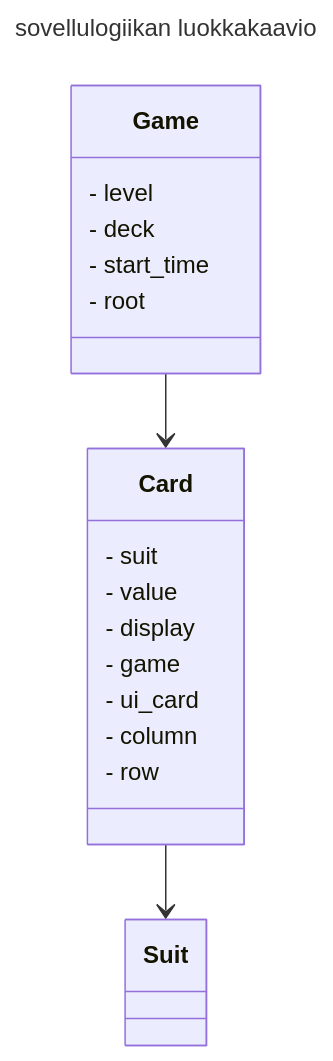
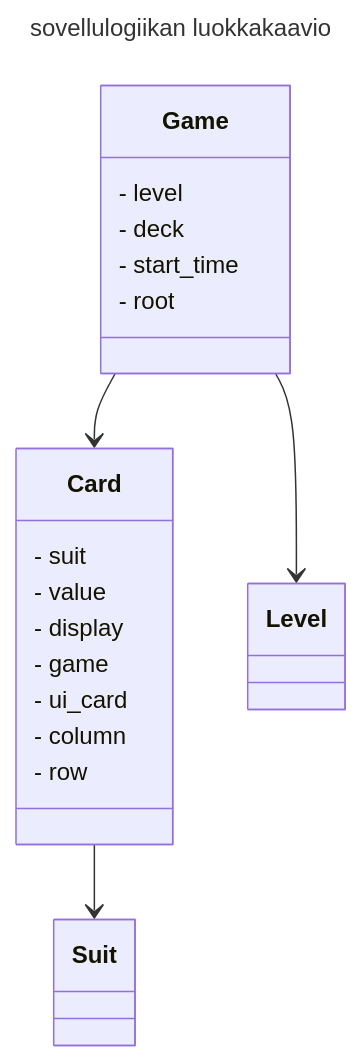
Before and after one commit to kxelina/ot-harjoitustyo: the first of 3 diagrams in dokumentaatio/arkkitehtuuri.md, drawn with Mermaid. The commit also changed other lines of this file, not shown here.

````diff
--- a/dokumentaatio/arkkitehtuuri.md
+++ b/dokumentaatio/arkkitehtuuri.md
@@ -19,24 +20,26 @@
 ```mermaid
 ---
 title: sovellulogiikan luokkakaavio
 ---
 classDiagram
 class Card{
     - suit
     - value
     - display
     - game
     - ui_card
     - column
     - row
 }
 class Suit
+class Level
 class Game{
     - level
     - deck
     - start_time
     - root
 }
 Card --> Suit
 Game --> Card
+Game --> Level
 ```
````
